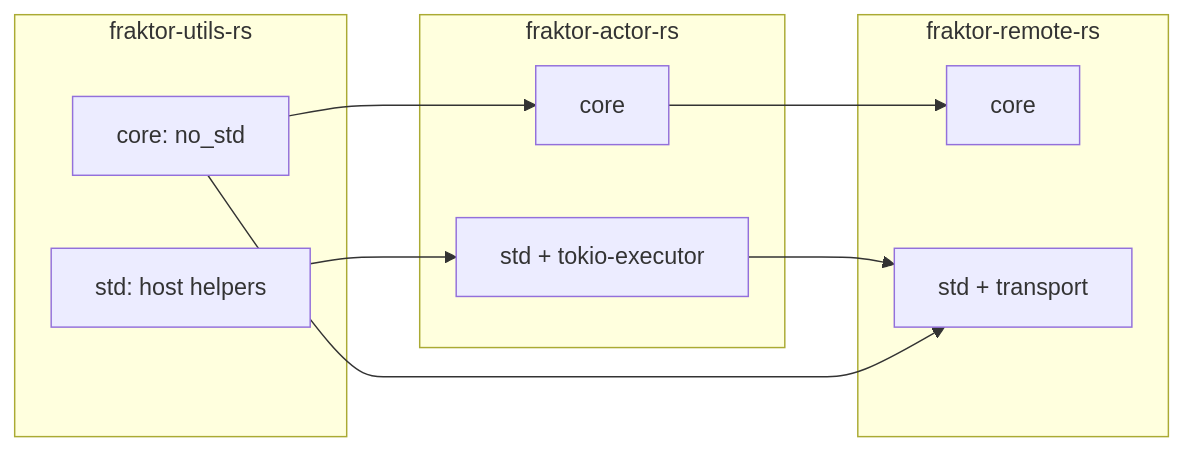
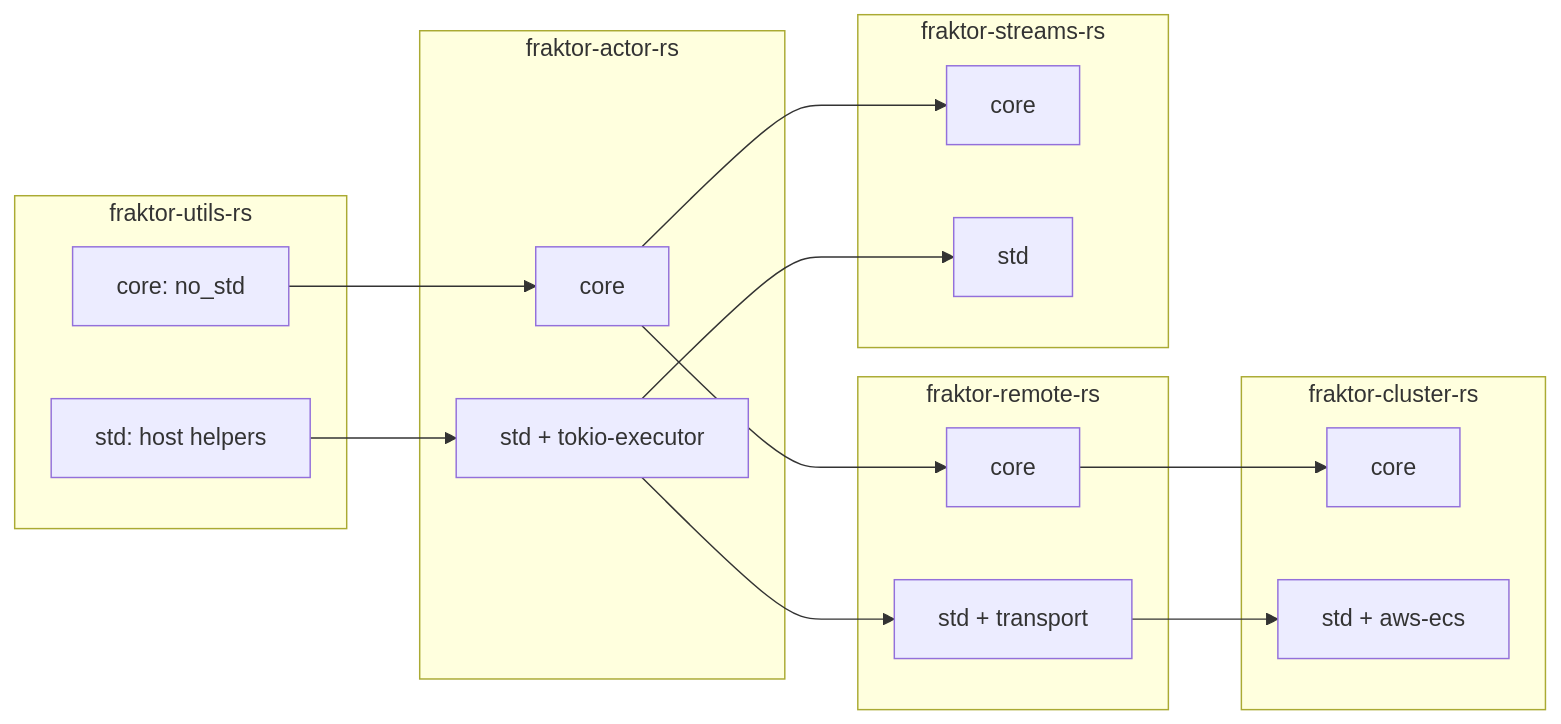
The diagram in README.ja.md (j5ik2o/fraktor-rs), drawn with Mermaid before and after one commit. The commit also changed other lines of this file and 273 other files, not shown here.

````diff
--- a/README.ja.md
+++ b/README.ja.md
@@ -25,21 +27,32 @@
 ```mermaid
 flowchart LR
     subgraph Utils [fraktor-utils-rs]
         UC[core: no_std]
         US[std: host helpers]
     end
     subgraph Actor [fraktor-actor-rs]
         AC[core]
         AS[std + tokio-executor]
     end
     subgraph Remote [fraktor-remote-rs]
         RC[core]
         RS[std + transport]
     end
+    subgraph Cluster [fraktor-cluster-rs]
+        CC[core]
+        CS[std + aws-ecs]
+    end
+    subgraph Streams [fraktor-streams-rs]
+        SC[core]
+        SS[std]
+    end
 
     UC --> AC
     AC --> RC
+    RC --> CC
+    AC --> SC
     US --> AS
     AS --> RS
-    UC --> RS
+    RS --> CS
+    AS --> SS
 ```
````
